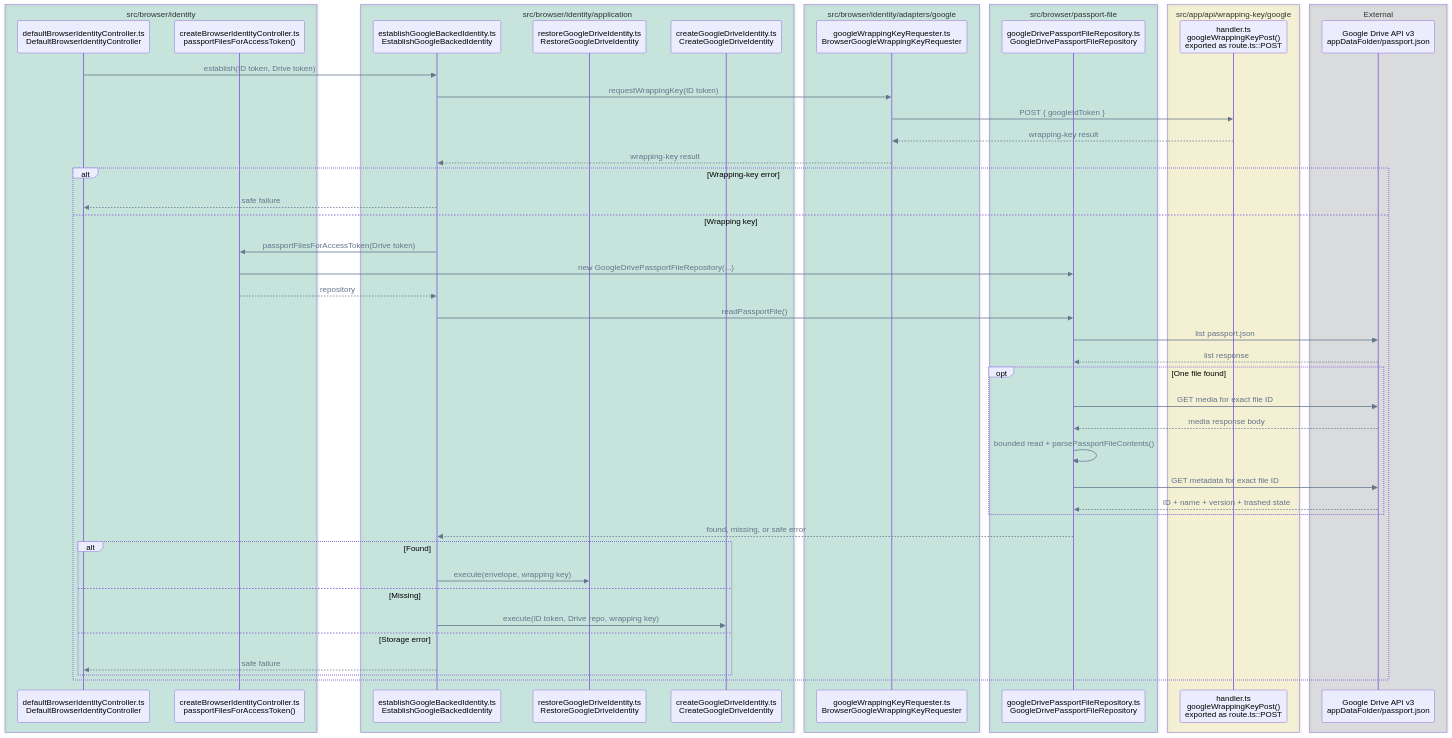
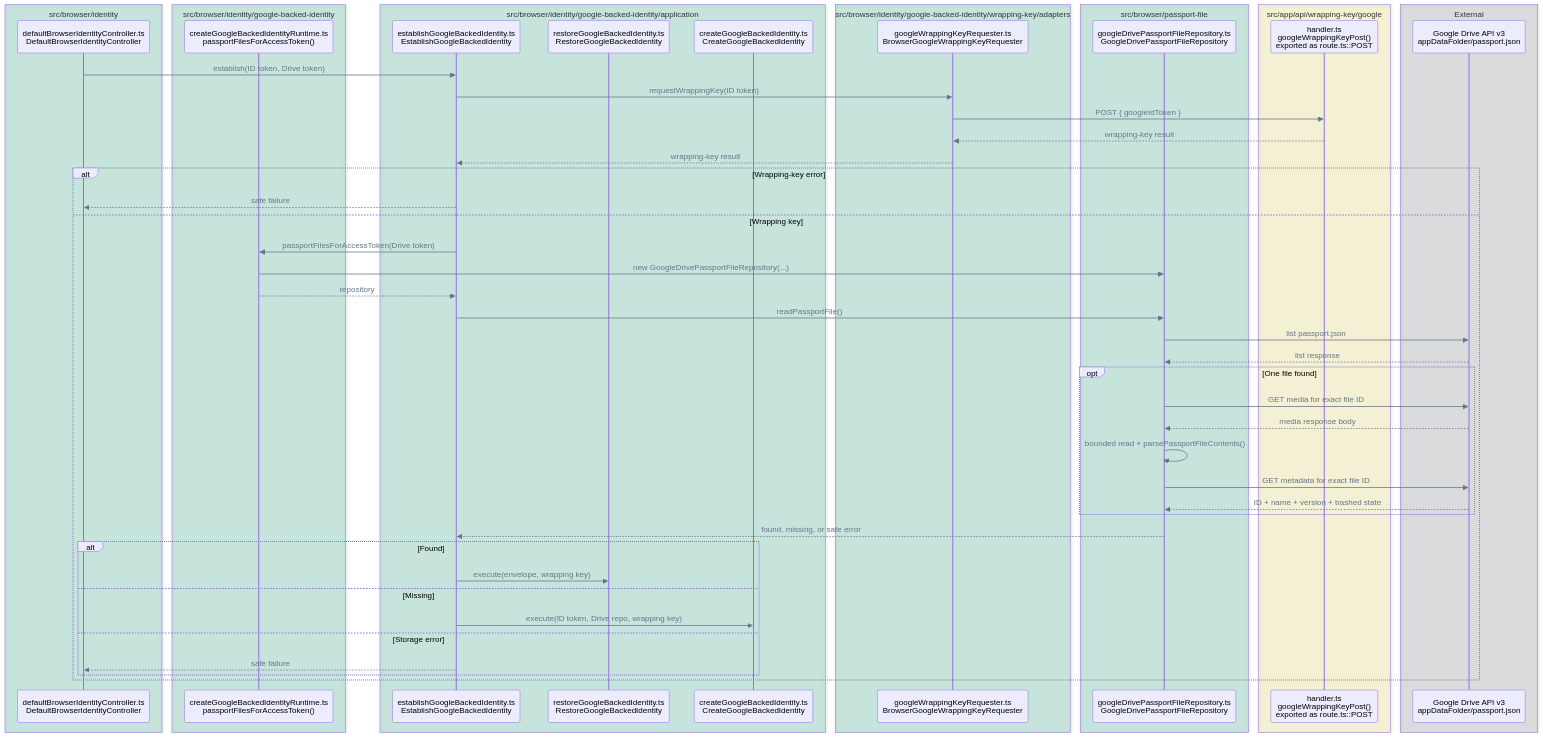
The eighth of 14 diagrams in FLOWS.md (pubky/pubky-passport), drawn with Mermaid before and after one commit. The commit also changed other lines of this file and 24 other files, not shown here.

Commit message:
refactor: colocate google-backed identity lifecycle

````diff
--- a/FLOWS.md
+++ b/FLOWS.md
@@ -366,58 +366,60 @@
 ```mermaid
 %%{init: {"themeVariables": {"signalColor": "#64748B", "signalTextColor": "#64748B"}}}%%
 sequenceDiagram
     accTitle: Google-backed identity establishment call flow
     accDescr: The coordinator requests a wrapping key, reads the encrypted Drive file, and dispatches to restore or create without passing wrapping material to Drive storage.
     box rgba(0, 158, 115, 0.18) src/browser/identity
         participant Controller as defaultBrowserIdentityController.ts<br/>DefaultBrowserIdentityController
-        participant DriveFactory as createBrowserIdentityController.ts<br/>passportFilesForAccessToken()
     end
-    box rgba(0, 158, 115, 0.18) src/browser/identity/application
+    box rgba(0, 158, 115, 0.18) src/browser/identity/google-backed-identity
+        participant DriveFactory as createGoogleBackedIdentityRuntime.ts<br/>passportFilesForAccessToken()
+    end
+    box rgba(0, 158, 115, 0.18) src/browser/identity/google-backed-identity/application
         participant Establish as establishGoogleBackedIdentity.ts<br/>EstablishGoogleBackedIdentity
-        participant Restore as restoreGoogleDriveIdentity.ts<br/>RestoreGoogleDriveIdentity
-        participant Creator as createGoogleDriveIdentity.ts<br/>CreateGoogleDriveIdentity
+        participant Restore as restoreGoogleBackedIdentity.ts<br/>RestoreGoogleBackedIdentity
+        participant Creator as createGoogleBackedIdentity.ts<br/>CreateGoogleBackedIdentity
     end
-    box rgba(0, 158, 115, 0.18) src/browser/identity/adapters/google
+    box rgba(0, 158, 115, 0.18) src/browser/identity/google-backed-identity/wrapping-key/adapters
         participant Wrapping as googleWrappingKeyRequester.ts<br/>BrowserGoogleWrappingKeyRequester
     end
     box rgba(0, 158, 115, 0.18) src/browser/passport-file
         participant DriveRepo as googleDrivePassportFileRepository.ts<br/>GoogleDrivePassportFileRepository
     end
     box rgba(240, 228, 66, 0.18) src/app/api/wrapping-key/google
         participant API as handler.ts<br/>googleWrappingKeyPost()<br/>exported as route.ts::POST
     end
     box rgba(17, 24, 39, 0.12) External
         participant Drive as Google Drive API v3<br/>appDataFolder/passport.json
     end
 
     Controller->>Establish: establish(ID token, Drive token)
     Establish->>Wrapping: requestWrappingKey(ID token)
     Wrapping->>API: POST { googleIdToken }
     API-->>Wrapping: wrapping-key result
     Wrapping-->>Establish: wrapping-key result
     alt Wrapping-key error
         Establish-->>Controller: safe failure
     else Wrapping key
         Establish->>DriveFactory: passportFilesForAccessToken(Drive token)
         DriveFactory->>DriveRepo: new GoogleDrivePassportFileRepository(...)
         DriveFactory-->>Establish: repository
         Establish->>DriveRepo: readPassportFile()
         DriveRepo->>Drive: list passport.json
         Drive-->>DriveRepo: list response
         opt One file found
             DriveRepo->>Drive: GET media for exact file ID
             Drive-->>DriveRepo: media response body
             DriveRepo->>DriveRepo: bounded read + parsePassportFileContents()
             DriveRepo->>Drive: GET metadata for exact file ID
             Drive-->>DriveRepo: ID + name + version + trashed state
         end
         DriveRepo-->>Establish: found, missing, or safe error
         alt Found
             Establish->>Restore: execute(envelope, wrapping key)
         else Missing
             Establish->>Creator: execute(ID token, Drive repo, wrapping key)
         else Storage error
             Establish-->>Controller: safe failure
         end
     end
 ```
````
